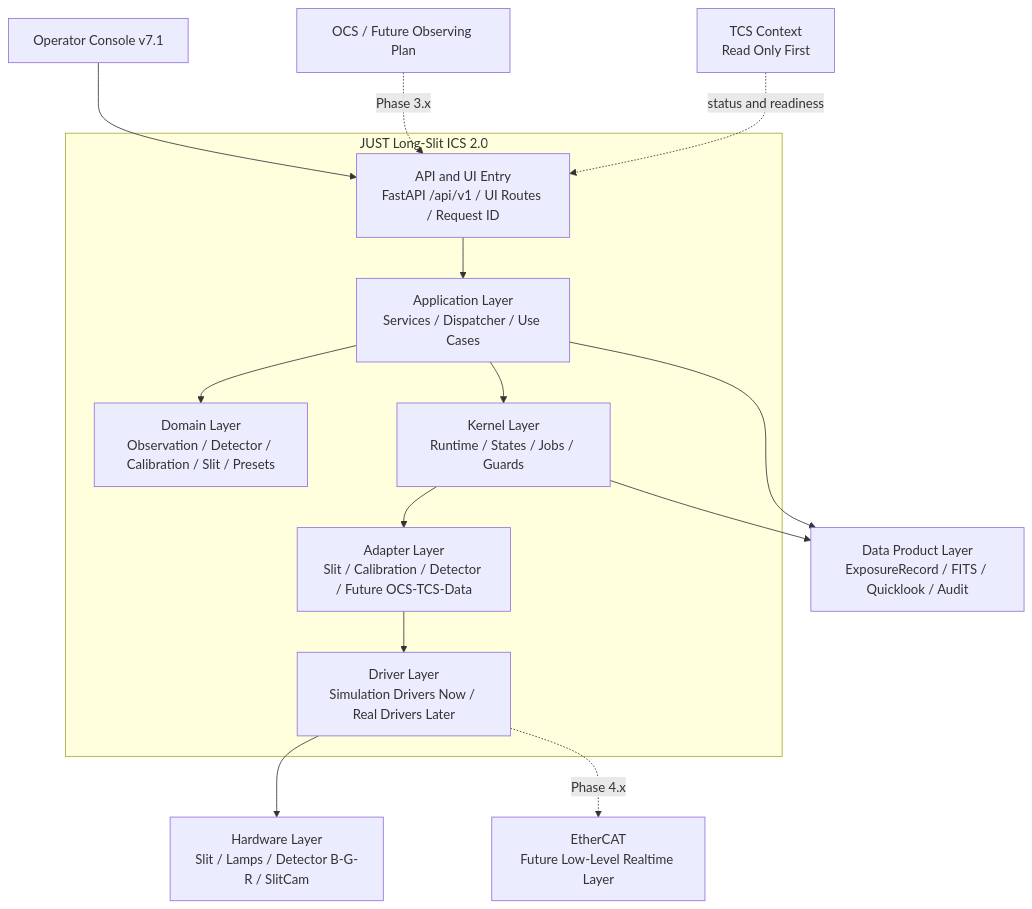
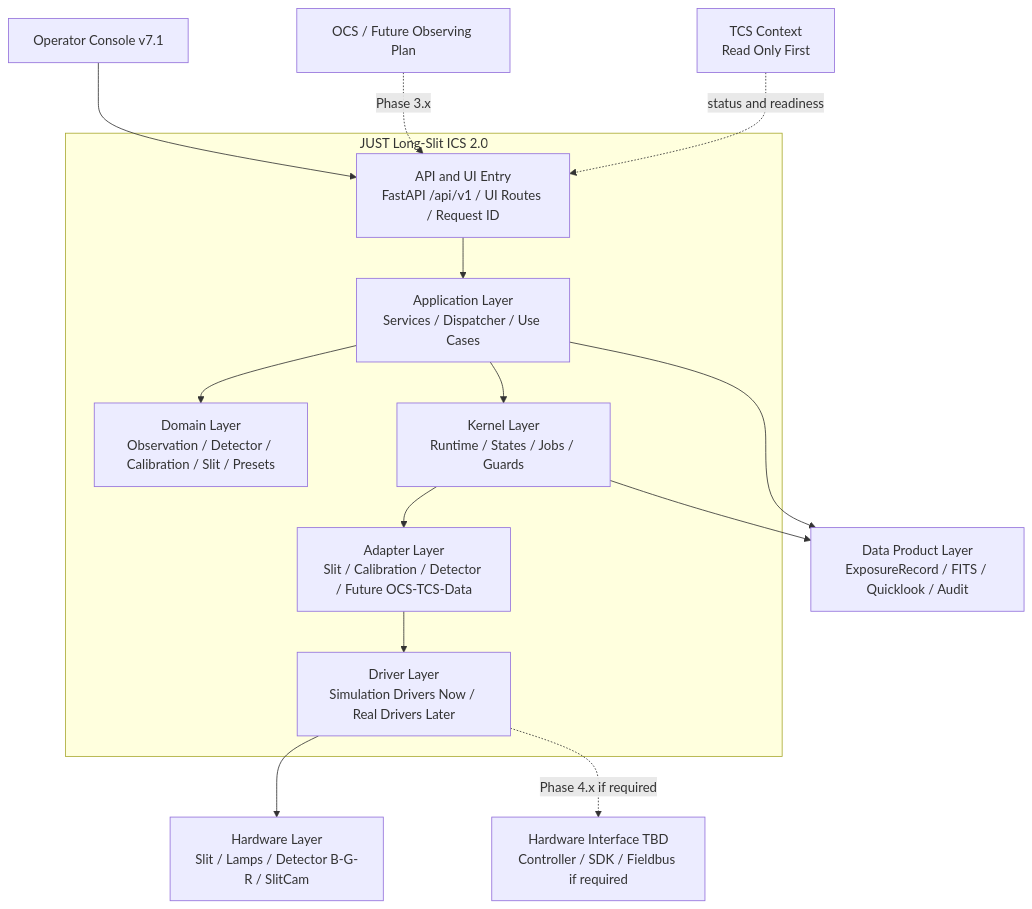
The first of 4 diagrams in docs/ics2_software_development_strategy.md (UmutMahmut/just-longslit-ics2), drawn with Mermaid before and after one commit. The commit also changed other lines of this file and 3 other files, not shown here.

````diff
--- a/docs/ics2_software_development_strategy.md
+++ b/docs/ics2_software_development_strategy.md
@@ -223,35 +245,35 @@
 ```mermaid
 flowchart TB
   OCS["OCS / Future Observing Plan"]
   Operator["Operator Console v7.1"]
   TCS["TCS Context<br/>Read Only First"]
 
   subgraph ICS["JUST Long-Slit ICS 2.0"]
     API["API and UI Entry<br/>FastAPI /api/v1 / UI Routes / Request ID"]
     APP["Application Layer<br/>Services / Dispatcher / Use Cases"]
     DOMAIN["Domain Layer<br/>Observation / Detector / Calibration / Slit / Presets"]
     KERNEL["Kernel Layer<br/>Runtime / States / Jobs / Guards"]
     ADAPTER["Adapter Layer<br/>Slit / Calibration / Detector / Future OCS-TCS-Data"]
     DRIVER["Driver Layer<br/>Simulation Drivers Now / Real Drivers Later"]
   end
 
   DATA["Data Product Layer<br/>ExposureRecord / FITS / Quicklook / Audit"]
   HW["Hardware Layer<br/>Slit / Lamps / Detector B-G-R / SlitCam"]
-  ECAT["EtherCAT<br/>Future Low-Level Realtime Layer"]
+  HWIF["Hardware Interface TBD<br/>Controller / SDK / Fieldbus if required"]
 
   Operator --> API
   OCS -. "Phase 3.x" .-> API
   TCS -. "status and readiness" .-> API
 
   API --> APP
   APP --> DOMAIN
   APP --> KERNEL
   KERNEL --> ADAPTER
   ADAPTER --> DRIVER
 
   DRIVER --> HW
-  DRIVER -. "Phase 4.x" .-> ECAT
+  DRIVER -. "Phase 4.x if required" .-> HWIF
 
   APP --> DATA
   KERNEL --> DATA
 ```
````
